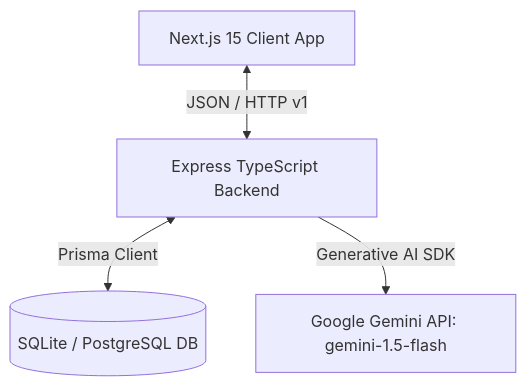
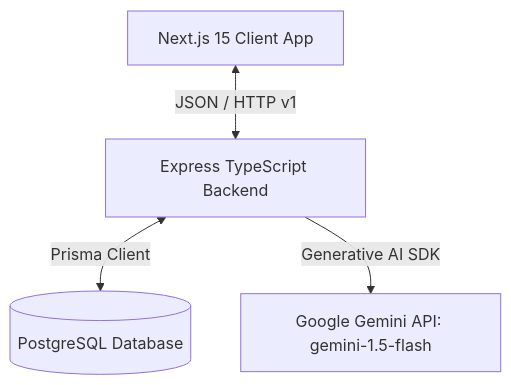
Before and after one commit to varshiniv197-beep/StadiumIQ-AI: the first of 6 diagrams in README.md, drawn with Mermaid. The commit also changed other lines of this file, not shown here.

````diff
--- a/README.md
+++ b/README.md
@@ -10,6 +69,6 @@
 ```mermaid
 graph TD
     Client[Next.js 15 Client App] <-->|JSON / HTTP v1| Express[Express TypeScript Backend]
-    Express <-->|Prisma Client| DB[(SQLite / PostgreSQL DB)]
+    Express <-->|Prisma Client| DB[(PostgreSQL Database)]
     Express -->|Generative AI SDK| Gemini[Google Gemini API: gemini-1.5-flash]
 ```
````
